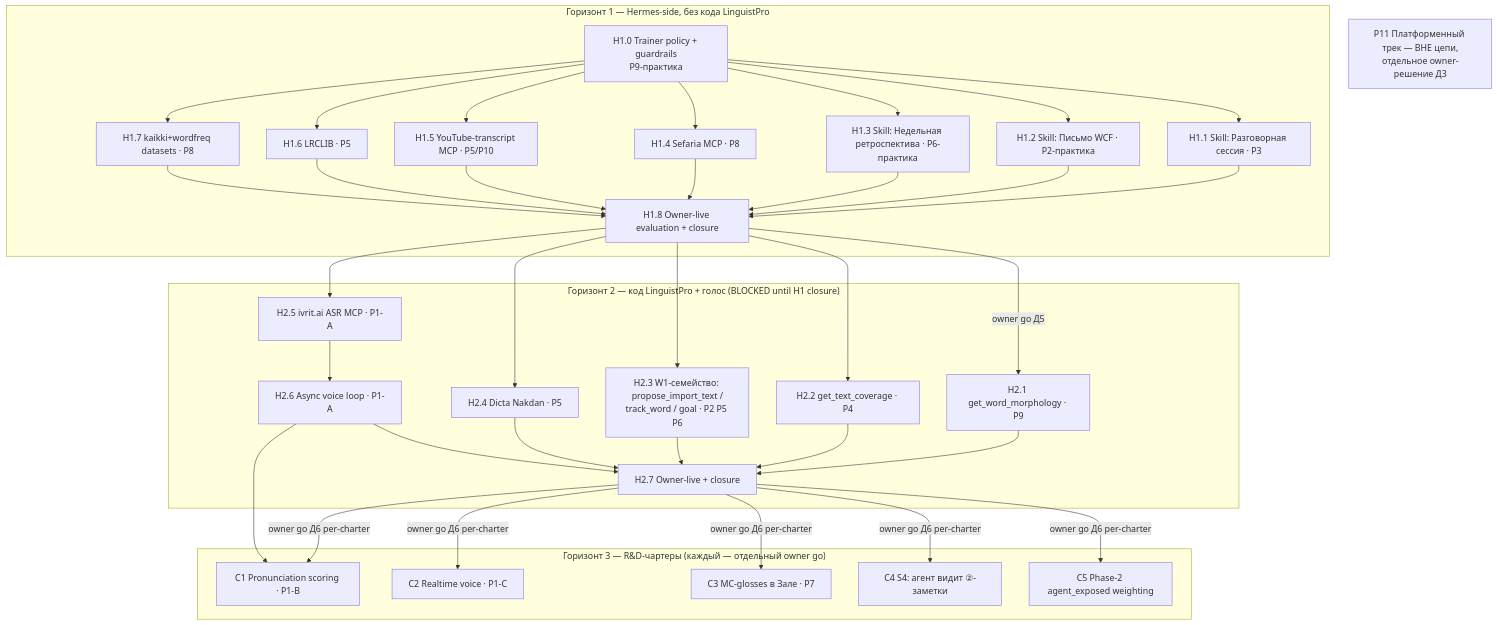
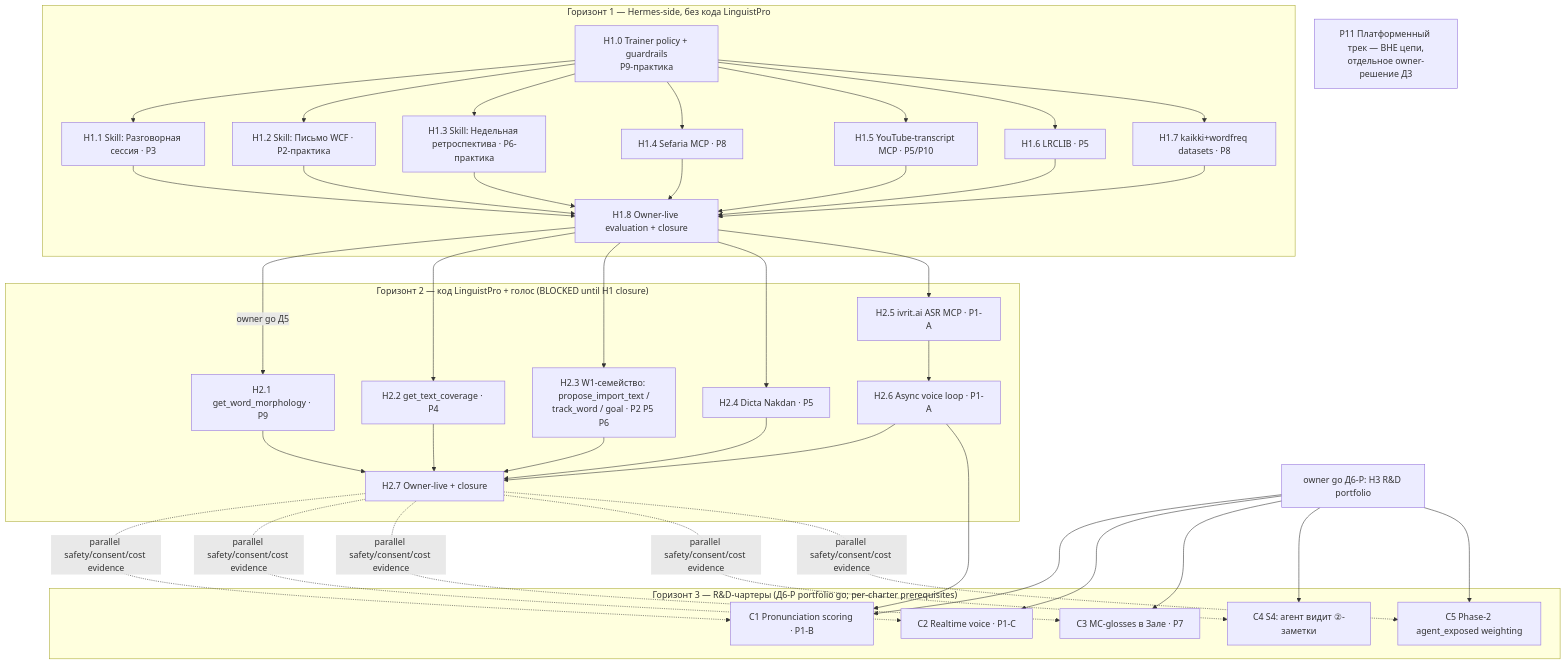
Before and after one commit to SindromRadioSpb/tts-prototype-android: the diagram in docs/planning/hermes-education-scaleup/2026-07-21/02_PROGRAM_DEPENDENCY_AND_SEQUENCE.md, drawn with Mermaid. The commit also changed other lines of this file and 11 other files, not shown here.

````diff
--- a/docs/planning/hermes-education-scaleup/2026-07-21/02_PROGRAM_DEPENDENCY_AND_SEQUENCE.md
+++ b/docs/planning/hermes-education-scaleup/2026-07-21/02_PROGRAM_DEPENDENCY_AND_SEQUENCE.md
@@ -5,40 +5,42 @@
 ```mermaid
 flowchart TB
   subgraph H1["Горизонт 1 — Hermes-side, без кода LinguistPro"]
     H10[H1.0 Trainer policy + guardrails<br/>P9-практика]
     H11[H1.1 Skill: Разговорная сессия · P3]
     H12[H1.2 Skill: Письмо WCF · P2-практика]
     H13[H1.3 Skill: Недельная ретроспектива · P6-практика]
     H14[H1.4 Sefaria MCP · P8]
     H15[H1.5 YouTube-transcript MCP · P5/P10]
     H16[H1.6 LRCLIB · P5]
     H17[H1.7 kaikki+wordfreq datasets · P8]
     H18[H1.8 Owner-live evaluation + closure]
     H10 --> H11 & H12 & H13
     H10 --> H14 & H15 & H16 & H17
     H11 & H12 & H13 & H14 & H15 & H16 & H17 --> H18
   end
   subgraph H2["Горизонт 2 — код LinguistPro + голос (BLOCKED until H1 closure)"]
     H21[H2.1 get_word_morphology · P9]
     H22[H2.2 get_text_coverage · P4]
     H23[H2.3 W1-семейство: propose_import_text /<br/>track_word / goal · P2 P5 P6]
     H24[H2.4 Dicta Nakdan · P5]
     H25[H2.5 ivrit.ai ASR MCP · P1-A]
     H26[H2.6 Async voice loop · P1-A]
     H27[H2.7 Owner-live + closure]
     H25 --> H26
     H21 & H22 & H23 & H24 & H26 --> H27
   end
-  subgraph H3["Горизонт 3 — R&D-чартеры (каждый — отдельный owner go)"]
+  subgraph H3["Горизонт 3 — R&D-чартеры (Д6-P portfolio go; per-charter prerequisites)"]
     C1[C1 Pronunciation scoring · P1-B]
     C2[C2 Realtime voice · P1-C]
     C3[C3 MC-glosses в Зале · P7]
     C4[C4 S4: агент видит ②-заметки]
     C5[C5 Phase-2 agent_exposed weighting]
   end
   H18 -->|owner go Д5| H21
   H18 --> H22 & H23 & H24 & H25
-  H27 -->|owner go Д6 per-charter| C1 & C2 & C3 & C4 & C5
+  D6P[owner go Д6-P: H3 R&D portfolio]
+  D6P --> C1 & C2 & C3 & C4 & C5
+  H27 -. parallel safety/consent/cost evidence .-> C1 & C2 & C3 & C4 & C5
   H26 --> C1
   P11[P11 Платформенный трек — ВНЕ цепи,<br/>отдельное owner-решение Д3]
 ```
````
